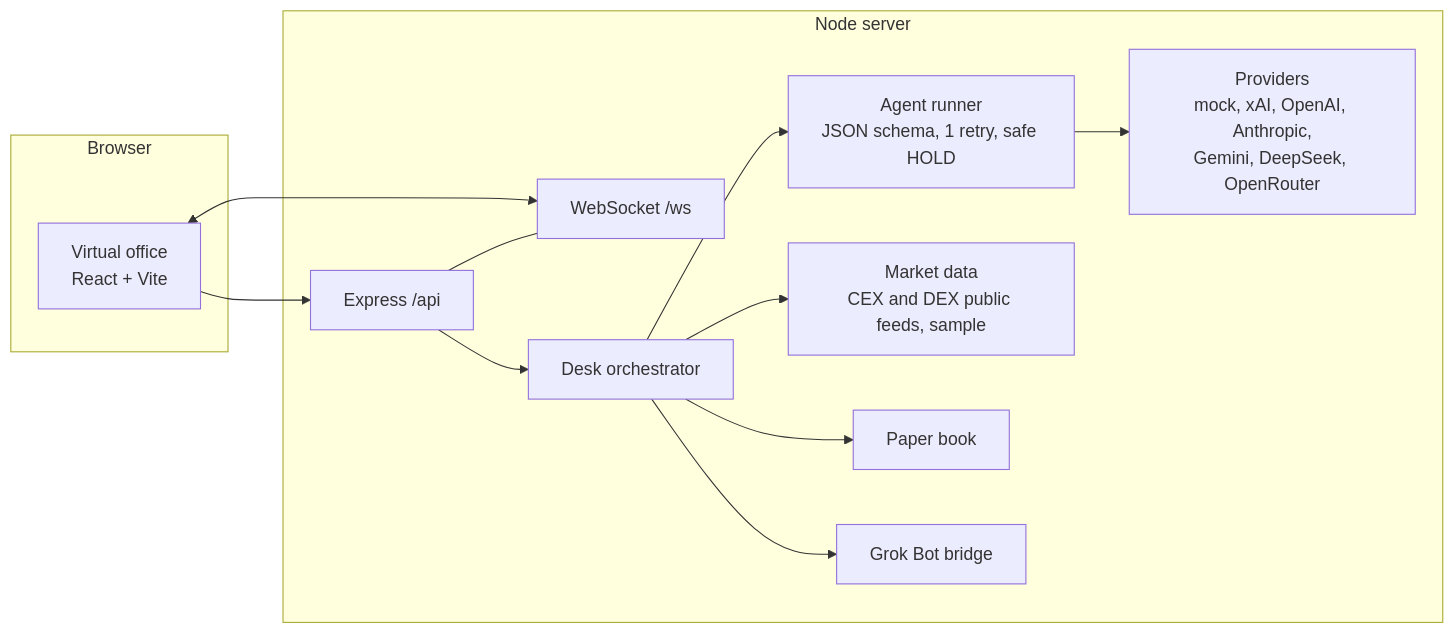
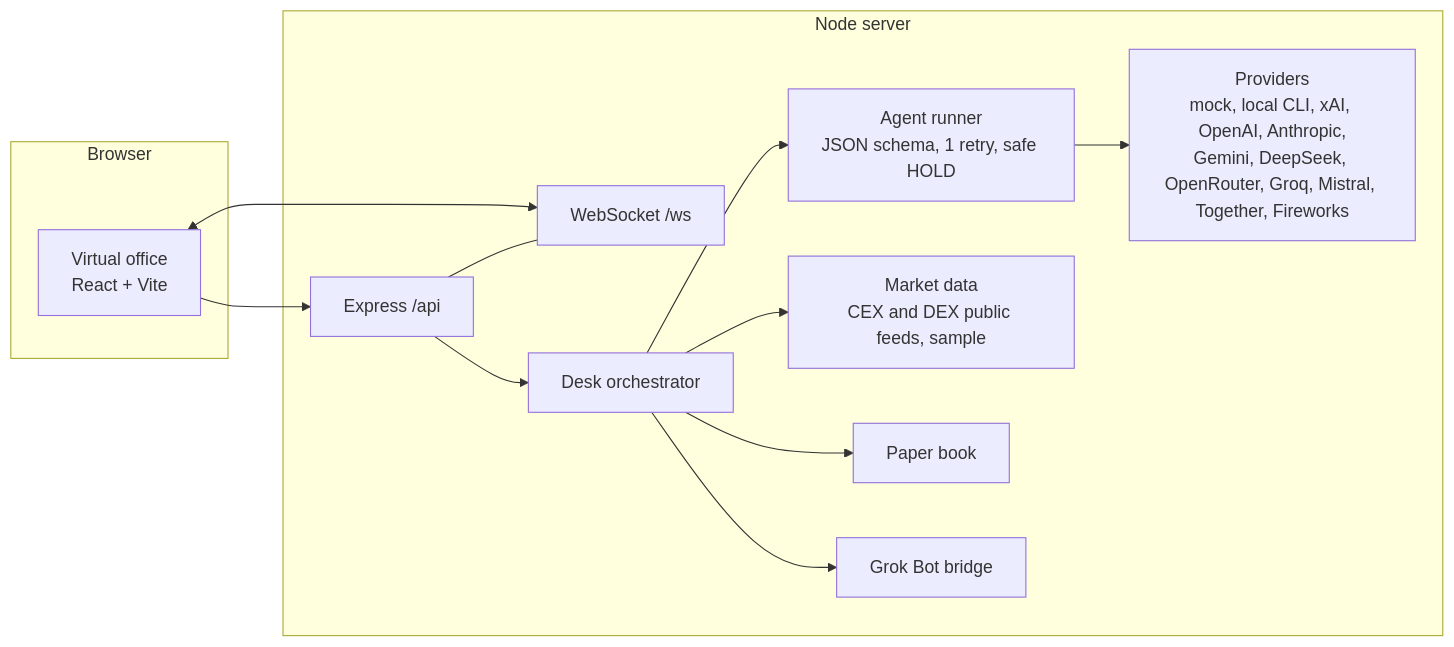
The second of 2 diagrams in README.md (aabrur/trading-agent-mpu-gandring), drawn with Mermaid before and after one commit. The commit also changed other lines of this file and 25 other files, not shown here.

Commit message:
feat: add mpu launcher, 10x20 model catalog, local CLI agents, compressed logo, and UI layout updates

````diff
--- a/README.md
+++ b/README.md
@@ -253,17 +270,17 @@
 ```mermaid
 flowchart LR
     subgraph Browser
       UI[Virtual office<br/>React + Vite]
     end
     subgraph Server[Node server]
       API[Express /api] --- WS[WebSocket /ws]
       API --> Desk[Desk orchestrator]
       Desk --> Agents[Agent runner<br/>JSON schema, 1 retry, safe HOLD]
-      Agents --> Prov[Providers<br/>mock, xAI, OpenAI, Anthropic,<br/>Gemini, DeepSeek, OpenRouter]
+      Agents --> Prov[Providers<br/>mock, local CLI, xAI, OpenAI, Anthropic,<br/>Gemini, DeepSeek, OpenRouter, Groq, Mistral, Together, Fireworks]
       Desk --> Mkt[Market data<br/>CEX and DEX public feeds, sample]
       Desk --> Book[Paper book]
       Desk --> Bridge[Grok Bot bridge]
     end
     UI <--> WS
     UI --> API
 ```
````
